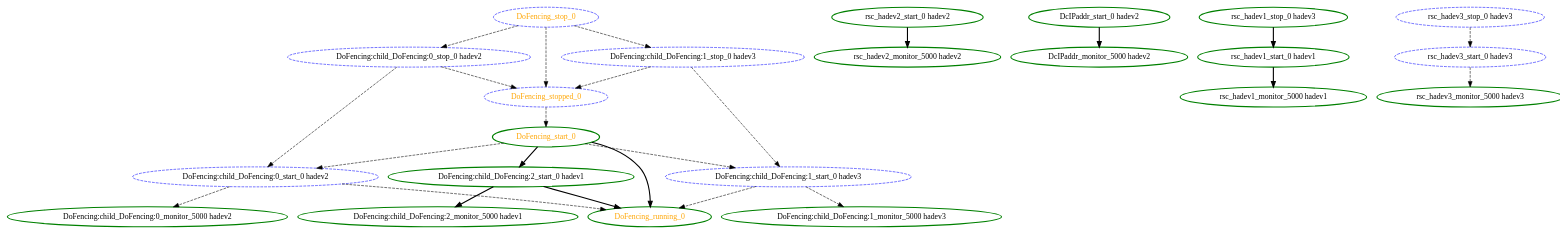
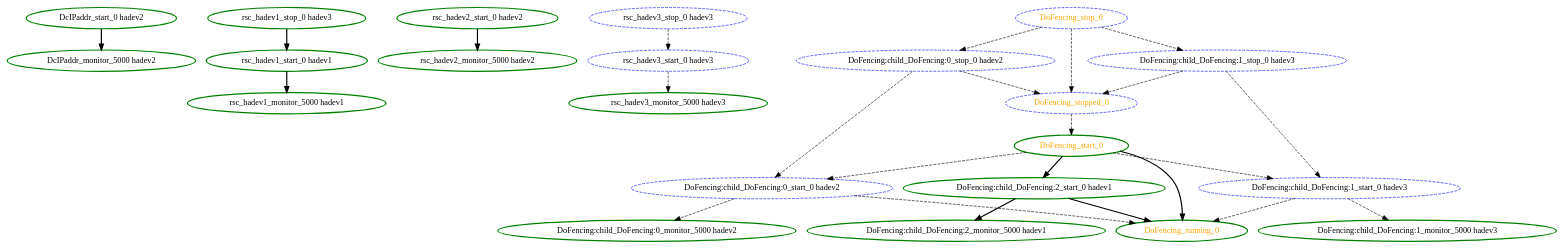
The diagram in crm/pengine/testcases/696.dot (richiewen8/heartbeat), drawn with Graphviz before and after one commit. The commit also changed other lines of this file and 24 other files, not shown here.

```diff
--- a/crm/pengine/testcases/696.dot
+++ b/crm/pengine/testcases/696.dot
@@ -1,49 +1,49 @@
 digraph "g" {
 	size = "30,30"
-"DoFencing:child_DoFencing:0_monitor_5000 hadev2" [ style=bold color="green" fontcolor="black" ]
-"rsc_hadev2_start_0 hadev2" [ style=bold color="green" fontcolor="black" ]
 "DcIPaddr_start_0 hadev2" [ style=bold color="green" fontcolor="black" ]
-"rsc_hadev1_monitor_5000 hadev1" [ style=bold color="green" fontcolor="black" ]
-"DoFencing:child_DoFencing:1_monitor_5000 hadev3" [ style=bold color="green" fontcolor="black" ]
-"rsc_hadev3_monitor_5000 hadev3" [ style=bold color="green" fontcolor="black" ]
 "DcIPaddr_monitor_5000 hadev2" [ style=bold color="green" fontcolor="black" ]
 "rsc_hadev1_stop_0 hadev3" [ style=bold color="green" fontcolor="black" ]
 "rsc_hadev1_start_0 hadev1" [ style=bold color="green" fontcolor="black" ]
+"rsc_hadev1_monitor_5000 hadev1" [ style=bold color="green" fontcolor="black" ]
+"rsc_hadev2_start_0 hadev2" [ style=bold color="green" fontcolor="black" ]
 "rsc_hadev2_monitor_5000 hadev2" [ style=bold color="green" fontcolor="black" ]
 "rsc_hadev3_stop_0 hadev3" [ style="dashed" color="blue" fontcolor="black" ]
 "rsc_hadev3_start_0 hadev3" [ style="dashed" color="blue" fontcolor="black" ]
+"rsc_hadev3_monitor_5000 hadev3" [ style=bold color="green" fontcolor="black" ]
 "DoFencing:child_DoFencing:0_stop_0 hadev2" [ style="dashed" color="blue" fontcolor="black" ]
 "DoFencing:child_DoFencing:0_start_0 hadev2" [ style="dashed" color="blue" fontcolor="black" ]
+"DoFencing:child_DoFencing:0_monitor_5000 hadev2" [ style=bold color="green" fontcolor="black" ]
 "DoFencing:child_DoFencing:1_stop_0 hadev3" [ style="dashed" color="blue" fontcolor="black" ]
 "DoFencing:child_DoFencing:1_start_0 hadev3" [ style="dashed" color="blue" fontcolor="black" ]
+"DoFencing:child_DoFencing:1_monitor_5000 hadev3" [ style=bold color="green" fontcolor="black" ]
 "DoFencing:child_DoFencing:2_start_0 hadev1" [ style=bold color="green" fontcolor="black" ]
 "DoFencing:child_DoFencing:2_monitor_5000 hadev1" [ style=bold color="green" fontcolor="black" ]
 "DoFencing_start_0" [ style=bold color="green" fontcolor="orange" ]
 "DoFencing_running_0" [ style=bold color="green" fontcolor="orange" ]
 "DoFencing_stop_0" [ style="dashed" color="blue" fontcolor="orange" ]
 "DoFencing_stopped_0" [ style="dashed" color="blue" fontcolor="orange" ]
-"DoFencing:child_DoFencing:0_start_0 hadev2" -> "DoFencing:child_DoFencing:0_monitor_5000 hadev2" [ style = dashed]
-"rsc_hadev1_start_0 hadev1" -> "rsc_hadev1_monitor_5000 hadev1" [ style = bold]
-"DoFencing:child_DoFencing:1_start_0 hadev3" -> "DoFencing:child_DoFencing:1_monitor_5000 hadev3" [ style = dashed]
-"rsc_hadev3_start_0 hadev3" -> "rsc_hadev3_monitor_5000 hadev3" [ style = dashed]
 "DcIPaddr_start_0 hadev2" -> "DcIPaddr_monitor_5000 hadev2" [ style = bold]
 "rsc_hadev1_stop_0 hadev3" -> "rsc_hadev1_start_0 hadev1" [ style = bold]
+"rsc_hadev1_start_0 hadev1" -> "rsc_hadev1_monitor_5000 hadev1" [ style = bold]
 "rsc_hadev2_start_0 hadev2" -> "rsc_hadev2_monitor_5000 hadev2" [ style = bold]
 "rsc_hadev3_stop_0 hadev3" -> "rsc_hadev3_start_0 hadev3" [ style = dashed]
+"rsc_hadev3_start_0 hadev3" -> "rsc_hadev3_monitor_5000 hadev3" [ style = dashed]
 "DoFencing_stop_0" -> "DoFencing:child_DoFencing:0_stop_0 hadev2" [ style = dashed]
 "DoFencing:child_DoFencing:0_stop_0 hadev2" -> "DoFencing:child_DoFencing:0_start_0 hadev2" [ style = dashed]
 "DoFencing_start_0" -> "DoFencing:child_DoFencing:0_start_0 hadev2" [ style = dashed]
+"DoFencing:child_DoFencing:0_start_0 hadev2" -> "DoFencing:child_DoFencing:0_monitor_5000 hadev2" [ style = dashed]
 "DoFencing_stop_0" -> "DoFencing:child_DoFencing:1_stop_0 hadev3" [ style = dashed]
 "DoFencing:child_DoFencing:1_stop_0 hadev3" -> "DoFencing:child_DoFencing:1_start_0 hadev3" [ style = dashed]
 "DoFencing_start_0" -> "DoFencing:child_DoFencing:1_start_0 hadev3" [ style = dashed]
+"DoFencing:child_DoFencing:1_start_0 hadev3" -> "DoFencing:child_DoFencing:1_monitor_5000 hadev3" [ style = dashed]
 "DoFencing_start_0" -> "DoFencing:child_DoFencing:2_start_0 hadev1" [ style = bold]
 "DoFencing:child_DoFencing:2_start_0 hadev1" -> "DoFencing:child_DoFencing:2_monitor_5000 hadev1" [ style = bold]
 "DoFencing_stopped_0" -> "DoFencing_start_0" [ style = dashed]
 "DoFencing:child_DoFencing:0_start_0 hadev2" -> "DoFencing_running_0" [ style = dashed]
 "DoFencing:child_DoFencing:1_start_0 hadev3" -> "DoFencing_running_0" [ style = dashed]
 "DoFencing:child_DoFencing:2_start_0 hadev1" -> "DoFencing_running_0" [ style = bold]
 "DoFencing_start_0" -> "DoFencing_running_0" [ style = bold]
 "DoFencing_stop_0" -> "DoFencing_stopped_0" [ style = dashed]
 "DoFencing:child_DoFencing:0_stop_0 hadev2" -> "DoFencing_stopped_0" [ style = dashed]
 "DoFencing:child_DoFencing:1_stop_0 hadev3" -> "DoFencing_stopped_0" [ style = dashed]
 }
```
